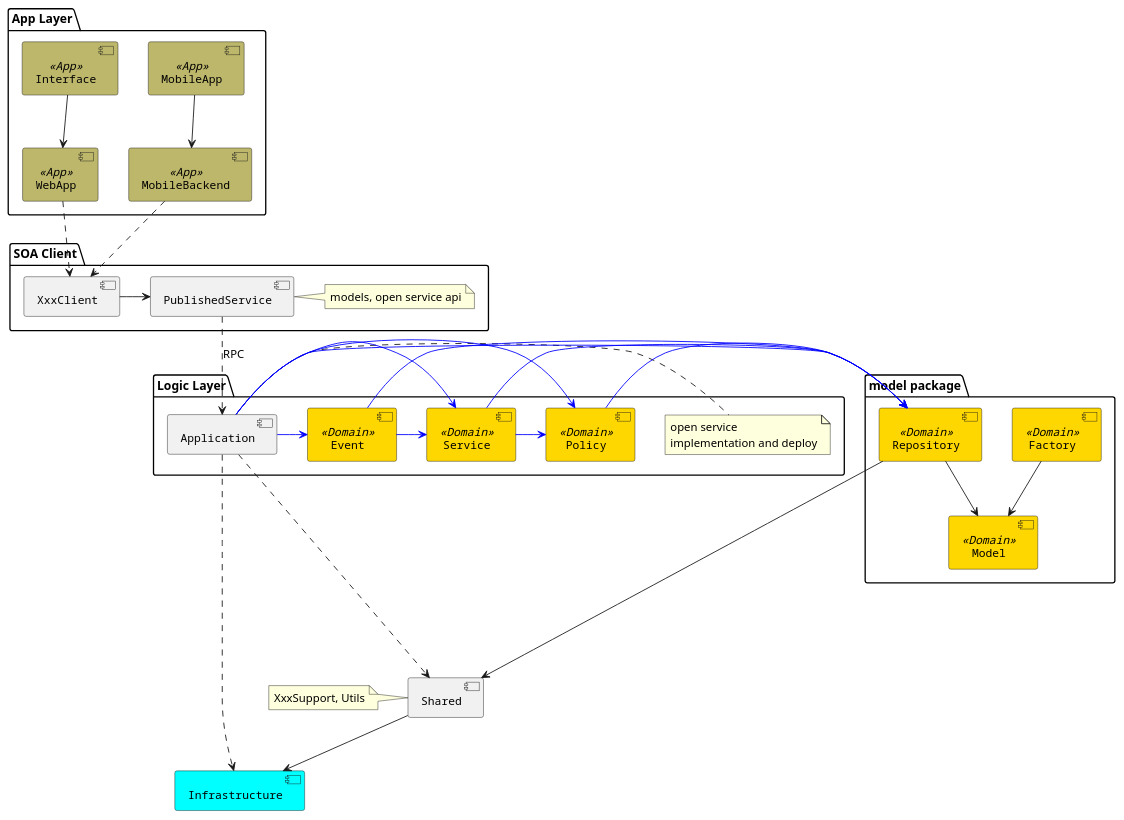
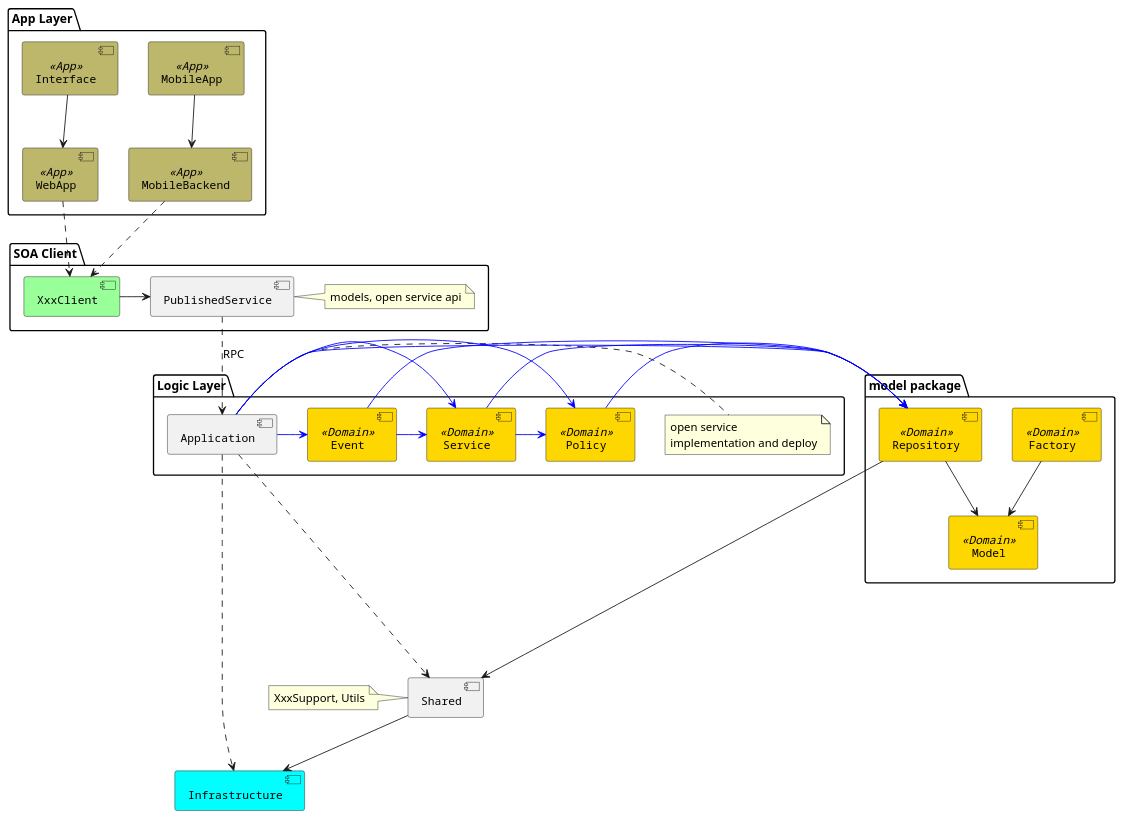
The diagram in src/main/puml/ddd-components-rpc.puml (linux-china/ddd-base), drawn with PlantUML before and after one commit.

Commit message:
change client color

```diff
--- a/src/main/puml/ddd-components-rpc.puml
+++ b/src/main/puml/ddd-components-rpc.puml
@@ -1,62 +1,63 @@
 @startuml
 
 [Infrastructure] #Aqua
 [Shared]
 note left of Shared : XxxSupport, Utils
 
 package "model package" {
    [Model] <<Domain>>
    [Repository] <<Domain>>
    [Factory] <<Domain>>
 }
 package "Logic Layer" {
    [Service] <<Domain>>
    [Event] <<Domain>>
    [Policy] <<Domain>>
    [Application]
    note right of Application : open service\nimplementation and deploy
 }
 
 package "SOA Client" {
+   [XxxClient] #99FF99
    [XxxClient] -> [PublishedService]
    note right of PublishedService : models, open service api
 }
 
 package "App Layer" {
     [WebApp] <<App>>
     [MobileBackend] <<App>>
     [Interface] <<App>>
     [MobileApp] <<App>>
 }
 
 [Shared] --> [Infrastructure]
 [Repository] --> [Shared]
 [Repository] --> [Model]
 [Service] -[#0000FF]> [Repository]
 [Service] -[#0000FF]> [Policy]
 [Policy] -[#0000FF]> [Repository]
 [Factory] --> [Model]
 [Event] -[#0000FF]> [Service]
 [Event] -[#0000FF]> [Repository]
 [Application] -[#0000FF]> [Repository]
 [Application] -[#0000FF]> [Service]
 [Application] -[#0000FF]> [Event]
 [Application] -[#0000FF]> [Policy]
 [Application] ....> [Infrastructure]
 [Application] ....> [Shared]
 
 [PublishedService] ..> [Application]: RPC
 
 [WebApp] ..> [XxxClient]
 [Interface] --> [WebApp]
 [MobileBackend] ..> [XxxClient]
 [MobileApp] --> [MobileBackend]
 
 skinparam component {
   FontSize 13
   BackgroundColor<<Domain>> gold
   BackgroundColor<<App>> DarkKhaki
   FontName Courier
 }
 
 @enduml
```
